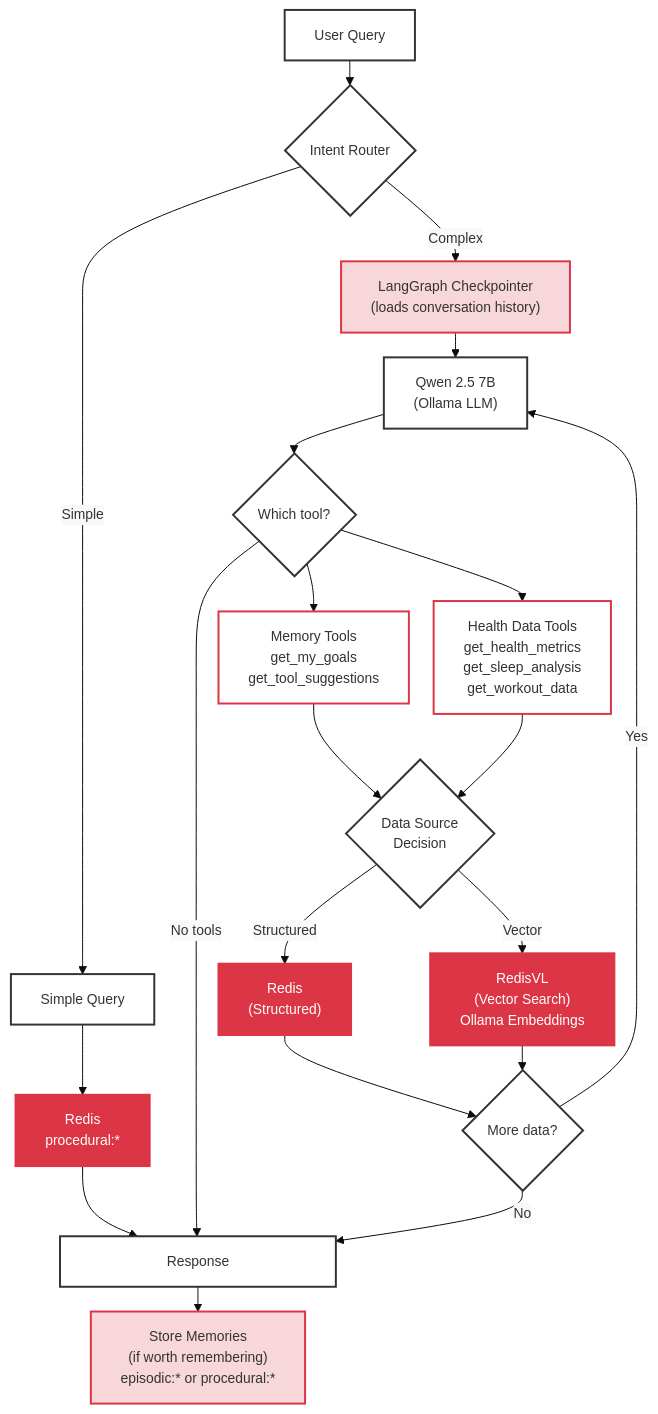
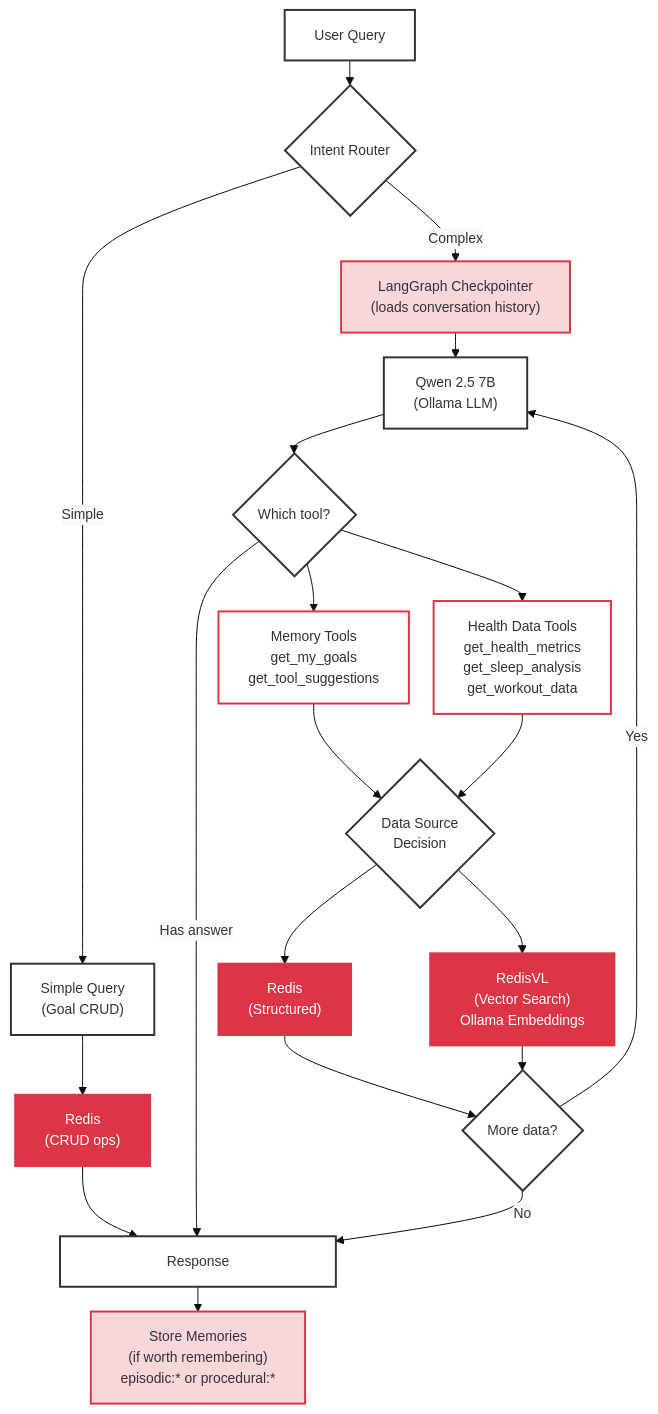
One commit to AllieRays/redis-wellness changed the second of 2 diagrams in docs/STATEFUL_AGENT.md. Above: the diagram before and after it, drawn with Mermaid. The commit also changed other lines of this file, not shown here.

Commit message:
Update terminology: replace 'goal CRUD' with 'simple queries' throughout docs

````diff
--- a/docs/STATEFUL_AGENT.md
+++ b/docs/STATEFUL_AGENT.md
@@ -90,53 +80,53 @@
 ```mermaid
 %%{init: {'theme':'base', 'themeVariables': { 'fontSize':'14px', 'edgeLabelBackground':'#f8f9fa'}, 'flowchart': {'nodeSpacing': 25, 'rankSpacing': 25}}}%%
 flowchart TB
     Query["User Query"]
     Router{"Intent Router"}
-    GoalOp["Simple Query"]
-    GoalRedis["Redis<br/>procedural:*"]
+    GoalOp["Simple Query<br/>(Goal CRUD)"]
+    GoalRedis["Redis<br/>(CRUD ops)"]
     Memory["LangGraph Checkpointer<br/>(loads conversation history)"]
     LLM["Qwen 2.5 7B<br/>(Ollama LLM)"]
     Decision{"Which tool?"}
     MemoryTools["Memory Tools<br/>get_my_goals<br/>get_tool_suggestions"]
     HealthTools["Health Data Tools<br/>get_health_metrics<br/>get_sleep_analysis<br/>get_workout_data"]
     DataSource{"Data Source<br/>Decision"}
     RedisStructured["Redis<br/>(Structured)"]
     RedisVector["RedisVL<br/>(Vector Search)<br/>Ollama Embeddings"]
     Loop{"More data?"}
     Store["Store Memories<br/>(if worth remembering)<br/>episodic:* or procedural:*"]
     Response["&nbsp;&nbsp;&nbsp;&nbsp;&nbsp;&nbsp;&nbsp;&nbsp;&nbsp;&nbsp;&nbsp;&nbsp;&nbsp;&nbsp;&nbsp;&nbsp;&nbsp;&nbsp;&nbsp;&nbsp;Response&nbsp;&nbsp;&nbsp;&nbsp;&nbsp;&nbsp;&nbsp;&nbsp;&nbsp;&nbsp;&nbsp;&nbsp;&nbsp;&nbsp;&nbsp;&nbsp;&nbsp;&nbsp;&nbsp;&nbsp;"]
     Query --> Router
     Router -->|"Simple"| GoalOp
     Router -->|"Complex"| Memory
     GoalOp --> GoalRedis
     GoalRedis --> Response
     Memory --> LLM
     LLM --> Decision
     Decision --> MemoryTools
     Decision --> HealthTools
-    Decision -->|No tools| Response
+    Decision -->|"Has answer"| Response
     MemoryTools --> DataSource
     HealthTools --> DataSource
-    DataSource -->|Structured| RedisStructured
-    DataSource -->|Vector| RedisVector
+    DataSource --> RedisStructured
+    DataSource --> RedisVector
     RedisStructured --> Loop
     RedisVector --> Loop
     Loop -->|Yes| LLM
     Loop -->|No| Response
     Response --> Store
     style Query fill:#fff,stroke:#333,stroke-width:2px
     style Router fill:#fff,stroke:#333,stroke-width:2px
     style GoalOp fill:#fff,stroke:#333,stroke-width:2px
     style GoalRedis fill:#dc3545,stroke:#dc3545,stroke-width:2px,color:#fff
     style Memory fill:#f8d7da,stroke:#dc3545,stroke-width:2px
     style LLM fill:#fff,stroke:#333,stroke-width:2px
     style Decision fill:#fff,stroke:#333,stroke-width:2px
     style MemoryTools fill:#fff,stroke:#dc3545,stroke-width:2px
     style HealthTools fill:#fff,stroke:#dc3545,stroke-width:2px
     style DataSource fill:#fff,stroke:#333,stroke-width:2px
     style RedisStructured fill:#dc3545,stroke:#dc3545,stroke-width:2px,color:#fff
     style RedisVector fill:#dc3545,stroke:#dc3545,stroke-width:2px,color:#fff
     style Loop fill:#fff,stroke:#333,stroke-width:2px
     style Store fill:#f8d7da,stroke:#dc3545,stroke-width:2px
     style Response fill:#fff,stroke:#333,stroke-width:2px,min-width:500px
 ```
````
